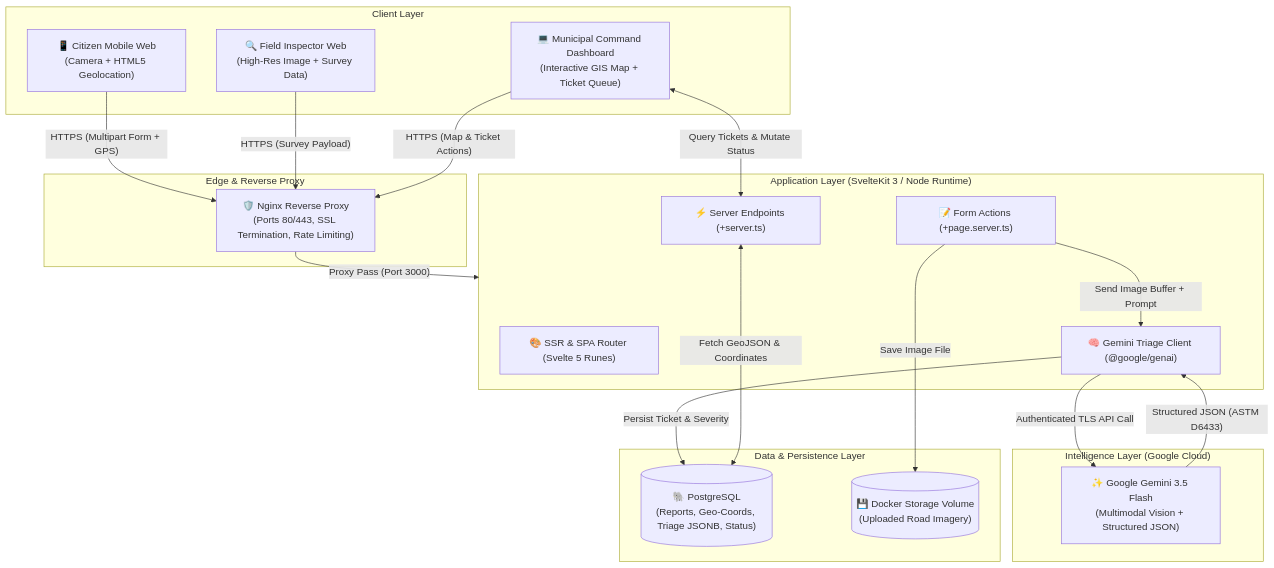
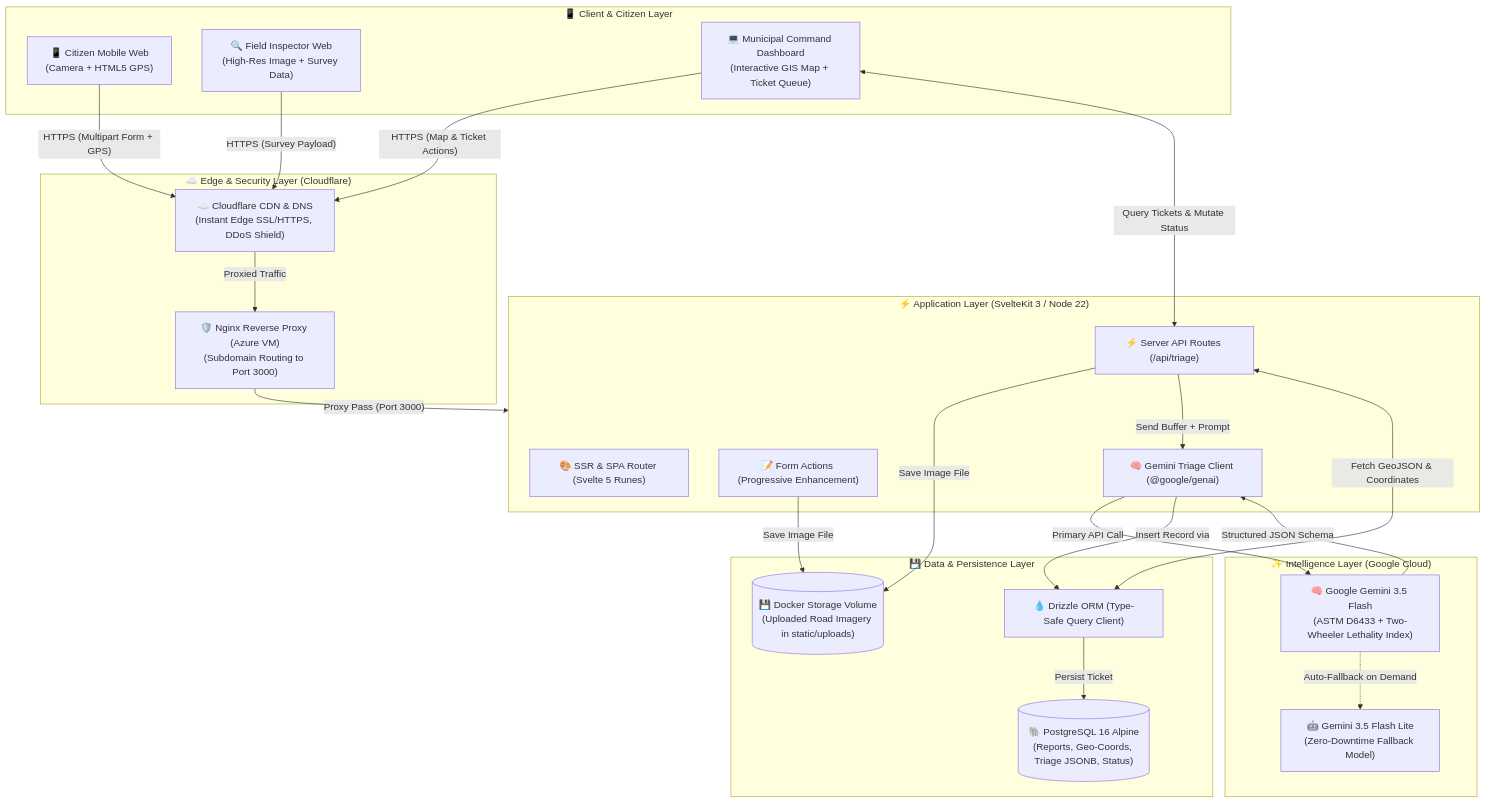
Before and after one commit to Auvryy/surios-ai: the first of 2 diagrams in docs/ARCHITECTURE.md, drawn with Mermaid. The commit also changed other lines of this file and 1 other file, not shown here.

Commit message:
docs: enrich architecture and tech stack specifications with visual icons

````diff
--- a/docs/ARCHITECTURE.md
+++ b/docs/ARCHITECTURE.md
@@ -9,43 +9,50 @@
 ```mermaid
 flowchart TD
-    subgraph Clients["Client Layer"]
-        Citizen["📱 Citizen Mobile Web<br/>(Camera + HTML5 Geolocation)"]
+    subgraph Clients["📱 Client & Citizen Layer"]
+        Citizen["📱 Citizen Mobile Web<br/>(Camera + HTML5 GPS)"]
         Inspector["🔍 Field Inspector Web<br/>(High-Res Image + Survey Data)"]
         Dispatcher["💻 Municipal Command Dashboard<br/>(Interactive GIS Map + Ticket Queue)"]
     end
 
-    subgraph Edge["Edge & Reverse Proxy"]
-        Nginx["🛡️ Nginx Reverse Proxy<br/>(Ports 80/443, SSL Termination, Rate Limiting)"]
+    subgraph Edge["☁️ Edge & Security Layer (Cloudflare)"]
+        CF["☁️ Cloudflare CDN & DNS<br/>(Instant Edge SSL/HTTPS, DDoS Shield)"]
+        Nginx["🛡️ Nginx Reverse Proxy (Azure VM)<br/>(Subdomain Routing to Port 3000)"]
     end
 
-    subgraph AppServer["Application Layer (SvelteKit 3 / Node Runtime)"]
+    subgraph AppServer["⚡ Application Layer (SvelteKit 3 / Node 22)"]
         SSR["🎨 SSR & SPA Router (Svelte 5 Runes)"]
-        API["⚡ Server Endpoints (+server.ts)"]
-        FormAction["📝 Form Actions (+page.server.ts)"]
+        API["⚡ Server API Routes (/api/triage)"]
+        FormAction["📝 Form Actions (Progressive Enhancement)"]
         TriageEngine["🧠 Gemini Triage Client (@google/genai)"]
     end
 
-    subgraph ExternalAI["Intelligence Layer (Google Cloud)"]
-        Gemini["✨ Google Gemini 3.5 Flash<br/>(Multimodal Vision + Structured JSON)"]
+    subgraph ExternalAI["✨ Intelligence Layer (Google Cloud)"]
+        Gemini["🧠 Google Gemini 3.5 Flash<br/>(ASTM D6433 + Two-Wheeler Lethality Index)"]
+        FallbackGemini["🤖 Gemini 3.5 Flash Lite<br/>(Zero-Downtime Fallback Model)"]
     end
 
-    subgraph StorageLayer["Data & Persistence Layer"]
-        Postgres[("🐘 PostgreSQL<br/>(Reports, Geo-Coords, Triage JSONB, Status)")]
-        LocalDisk[("💾 Docker Storage Volume<br/>(Uploaded Road Imagery)")]
+    subgraph StorageLayer["💾 Data & Persistence Layer"]
+        Drizzle["💧 Drizzle ORM (Type-Safe Query Client)"]
+        Postgres[("🐘 PostgreSQL 16 Alpine<br/>(Reports, Geo-Coords, Triage JSONB, Status)")]
+        LocalDisk[("💾 Docker Storage Volume<br/>(Uploaded Road Imagery in static/uploads)")]
     end
 
-    Citizen -->|"HTTPS (Multipart Form + GPS)"| Nginx
-    Inspector -->|"HTTPS (Survey Payload)"| Nginx
-    Dispatcher -->|"HTTPS (Map & Ticket Actions)"| Nginx
+    Citizen -->|"HTTPS (Multipart Form + GPS)"| CF
+    Inspector -->|"HTTPS (Survey Payload)"| CF
+    Dispatcher -->|"HTTPS (Map & Ticket Actions)"| CF
 
+    CF -->|"Proxied Traffic"| Nginx
     Nginx -->|"Proxy Pass (Port 3000)"| AppServer
 
     FormAction -->|"Save Image File"| LocalDisk
-    FormAction -->|"Send Image Buffer + Prompt"| TriageEngine
-    TriageEngine -->|"Authenticated TLS API Call"| Gemini
-    Gemini -->|"Structured JSON (ASTM D6433)"| TriageEngine
-    TriageEngine -->|"Persist Ticket & Severity"| Postgres
+    API -->|"Save Image File"| LocalDisk
+    API -->|"Send Buffer + Prompt"| TriageEngine
+    TriageEngine -->|"Primary API Call"| Gemini
+    Gemini -.->|"Auto-Fallback on Demand"| FallbackGemini
+    Gemini -->|"Structured JSON Schema"| TriageEngine
+    TriageEngine -->|"Insert Record via"| Drizzle
+    Drizzle -->|"Persist Ticket"| Postgres
 
     Dispatcher <-->|"Query Tickets & Mutate Status"| API
-    API <-->|"Fetch GeoJSON & Coordinates"| Postgres
+    API <-->|"Fetch GeoJSON & Coordinates"| Drizzle
 ```
````
